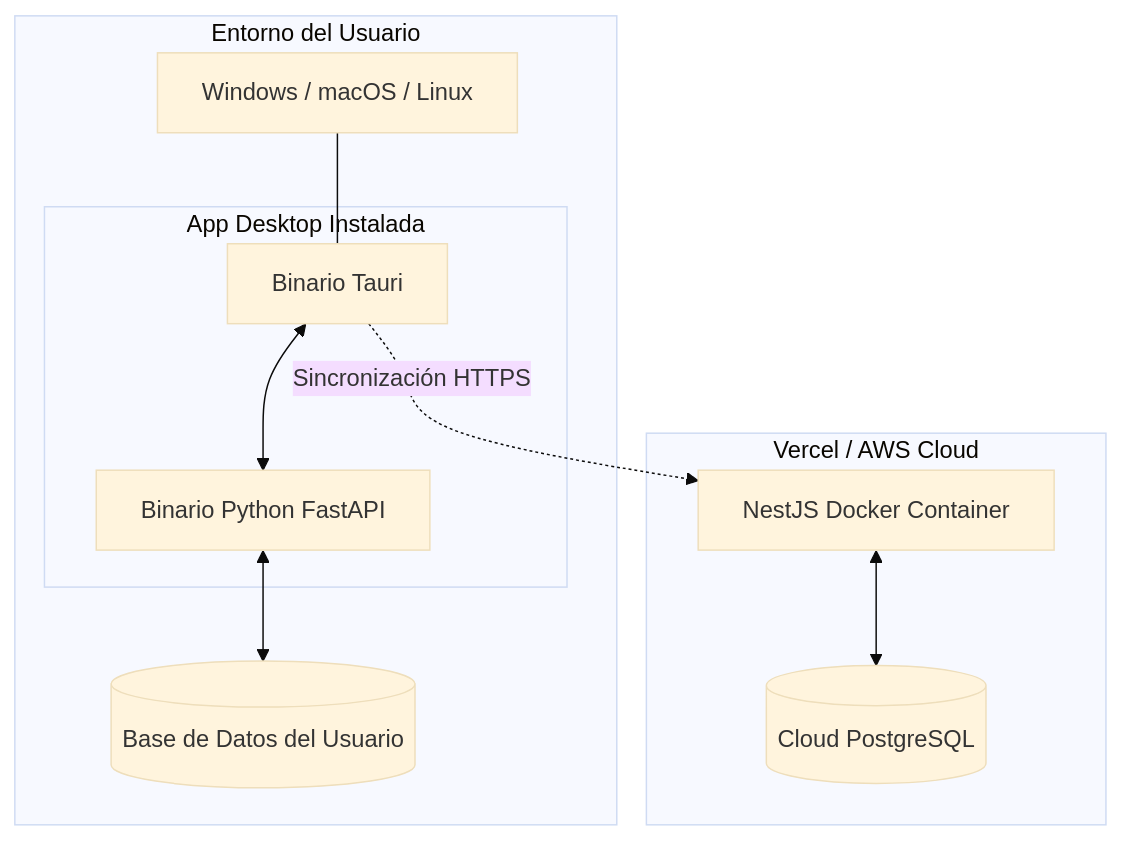
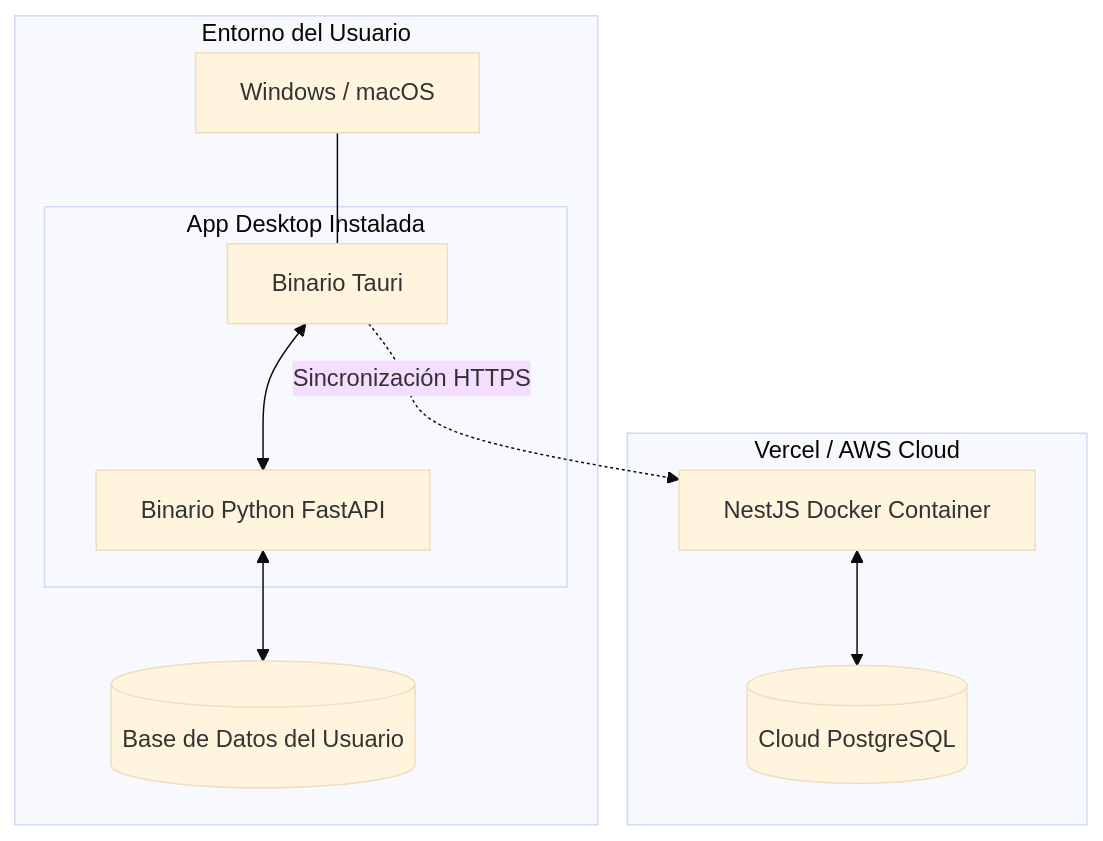
Before and after one commit to UPT-FAING-EPIS/proyecto-si783-2026-i-u3-generador_diagramas_bd: diagram 11 of 11 in docs/formatos/FD04-Informe-Arquitectura-Software.md, drawn with Mermaid (base theme).

Commit message:
Update supported OS in user environment diagram
Removed 'Linux' from the supported OS list in the user environment section.

````diff
--- a/docs/formatos/FD04-Informe-Arquitectura-Software.md
+++ b/docs/formatos/FD04-Informe-Arquitectura-Software.md
@@ -572,22 +572,22 @@
 ```mermaid
 flowchart TD
     subgraph Cloud["Vercel / AWS Cloud"]
         API["NestJS Docker Container"]
         DB[("Cloud PostgreSQL")]
         API <--> DB
     end
 
     subgraph Local["Entorno del Usuario"]
-        OS["Windows / macOS / Linux"]
+        OS["Windows / macOS"]
         subgraph FluxApp["App Desktop Instalada"]
             UI["Binario Tauri"]
             SC["Binario Python FastAPI"]
         end
         OS --- UI
         UI <--> SC
         DB_USER[("Base de Datos del Usuario")]
         SC <--> DB_USER
     end
 
     UI -. "Sincronización HTTPS" .-> API
 ```
````
